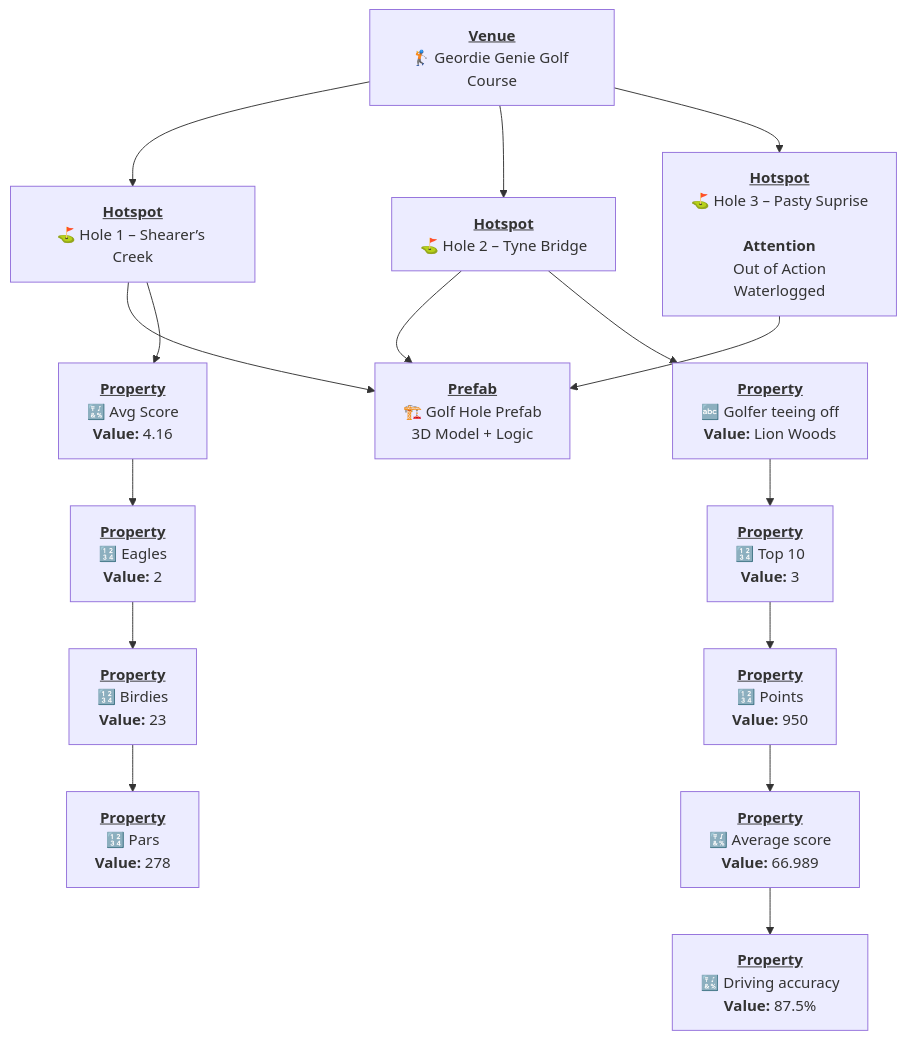
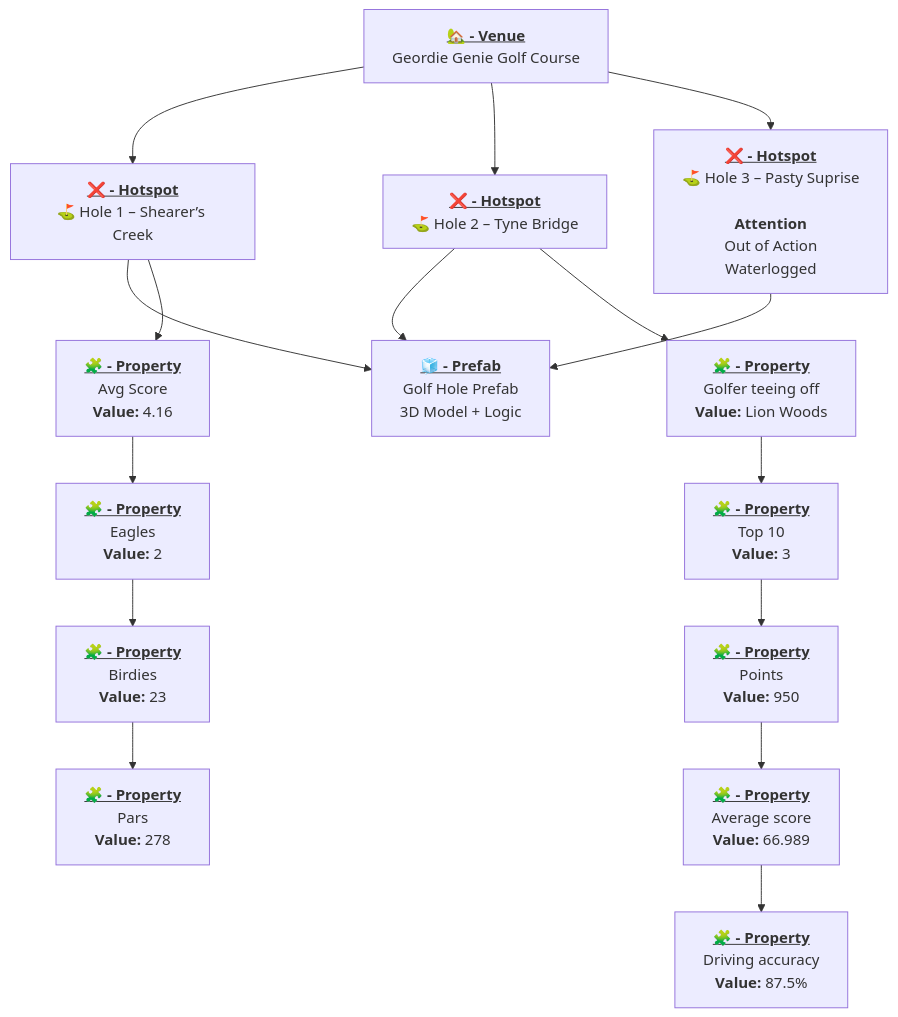
Before and after one commit to GeoARit/.github: the second of 5 diagrams in profile/README.md, drawn with Mermaid. The commit also changed other lines of this file, not shown here.

Commit message:
Update venue and hotspot formatting in README

````diff
--- a/profile/README.md
+++ b/profile/README.md
@@ -92,66 +92,66 @@
 ```mermaid
 
 flowchart TD
 
 %% ========================
 %% VENUE
 %% ========================
-VENUE["<u><b>Venue</b></u><br/>🏌️ Geordie Genie Golf Course"]
+VENUE["<u><b>🏡 - Venue</b></u><br/>Geordie Genie Golf Course"]
 click VENUE "https://geoar.it/help#category-Venue-Properties" _blank
 
 
 %% ========================
 %% HOTSPOTS (Hole 1, 2, 3)
 %% ========================
-HS1["<u><b>Hotspot</b></u><br/>⛳ Hole 1 – Shearer’s Creek"]
+HS1["<u><b>❌ - Hotspot</b></u><br/>⛳ Hole 1 – Shearer’s Creek"]
 click HS1 "https://geoar.it/help#category-Hotspot-Properties" _blank
 
-HS2["<u><b>Hotspot</b></u><br/>⛳ Hole 2 – Tyne Bridge"]
+HS2["<u><b>❌ - Hotspot</b></u><br/>⛳ Hole 2 – Tyne Bridge"]
 click HS2 "https://geoar.it/help#category-Hotspot-Properties" _blank
 
-HS3["<u><b>Hotspot</b></u><br/>⛳ Hole 3 – Pasty Suprise<br/><br/><b>Attention</b><br/>Out of Action<br/>Waterlogged"]
+HS3["<u><b>❌ - Hotspot</b></u><br/>⛳ Hole 3 – Pasty Suprise<br/><br/><b>Attention</b><br/>Out of Action<br/>Waterlogged"]
 click HS3 "https://geoar.it/help#category-Hotspot-Properties" _blank
+
 
 VENUE --> HS1
 VENUE --> HS2
 VENUE --> HS3
 
 
 %% ========================
 %% SHARED PREFAB NODE
 %% ========================
-PREFAB["<u><b>Prefab</b></u><br/>🏗️ Golf Hole Prefab<br/>3D Model + Logic"]
+PREFAB["<u><b>🧊 - Prefab</b></u><br/>Golf Hole Prefab<br/>3D Model + Logic"]
 click PREFAB "https://geoar.it/help#category-Prefab" _blank
 
-%% All hotspots reference SAME prefab
 HS1 --> PREFAB
 HS2 --> PREFAB
 HS3 --> PREFAB
 
 
 %% ========================
-%% PROPERTIES FOR EACH HOLE
+%% PROPERTIES FOR HOLE 1
 %% ========================
-
-%% ----- HOLE 1 Properties -----
-HS1_P1["<u><b>Property</b></u><br/>🔣 Avg Score<br/><b>Value:</b> 4.16"]
-HS1_P2["<u><b>Property</b></u><br/>🔢 Eagles<br/><b>Value:</b> 2"]
-HS1_P3["<u><b>Property</b></u><br/>🔢 Birdies<br/><b>Value:</b> 23"]
-HS1_P4["<u><b>Property</b></u><br/>🔢 Pars<br/><b>Value:</b> 278"]
+HS1_P1["<u><b>🧩 - Property</b></u><br/>Avg Score<br/><b>Value:</b> 4.16"]
+HS1_P2["<u><b>🧩 - Property</b></u><br/>Eagles<br/><b>Value:</b> 2"]
+HS1_P3["<u><b>🧩 - Property</b></u><br/>Birdies<br/><b>Value:</b> 23"]
+HS1_P4["<u><b>🧩 - Property</b></u><br/>Pars<br/><b>Value:</b> 278"]
 
 HS1 --> HS1_P1 --> HS1_P2 --> HS1_P3 --> HS1_P4
 
 
-%% ----- HOLE 2 Properties -----
-HS2_P1["<u><b>Property</b></u><br/>🔤 Golfer teeing off<br/><b>Value:</b> Lion Woods"]
-HS2_P2["<u><b>Property</b></u><br/>🔢 Top 10<br/><b>Value:</b> 3"]
-HS2_P3["<u><b>Property</b></u><br/>🔢 Points<br/><b>Value:</b> 950"]
-HS2_P4["<u><b>Property</b></u><br/>🔣 Average score<br/><b>Value:</b> 66.989"]
-HS2_P5["<u><b>Property</b></u><br/>🔣 Driving accuracy<br/><b>Value:</b> 87.5%"]
+%% ========================
+%% PROPERTIES FOR HOLE 2
+%% ========================
+HS2_P1["<u><b>🧩 - Property</b></u><br/>Golfer teeing off<br/><b>Value:</b> Lion Woods"]
+HS2_P2["<u><b>🧩 - Property</b></u><br/>Top 10<br/><b>Value:</b> 3"]
+HS2_P3["<u><b>🧩 - Property</b></u><br/>Points<br/><b>Value:</b> 950"]
+HS2_P4["<u><b>🧩 - Property</b></u><br/>Average score<br/><b>Value:</b> 66.989"]
+HS2_P5["<u><b>🧩 - Property</b></u><br/>Driving accuracy<br/><b>Value:</b> 87.5%"]
 
 HS2 --> HS2_P1 --> HS2_P2 --> HS2_P3 --> HS2_P4 --> HS2_P5
 
 
-%% Hole 3 properties are embedded in hotspot box (status = out of action)
+%% Hole 3 properties remain embedded in hotspot box
 
 ```
````
